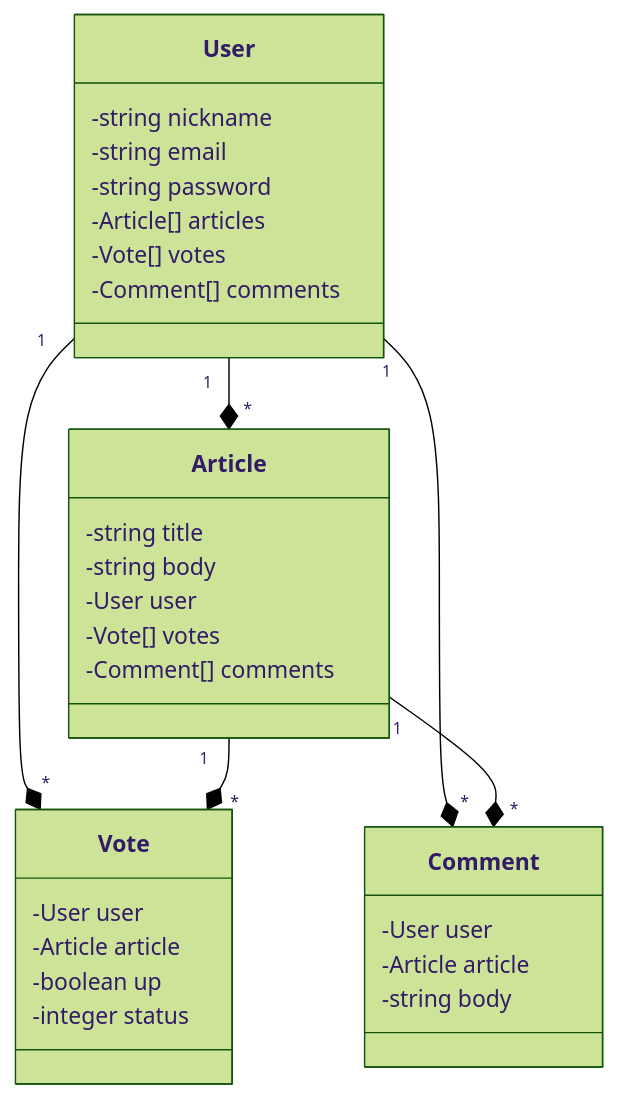
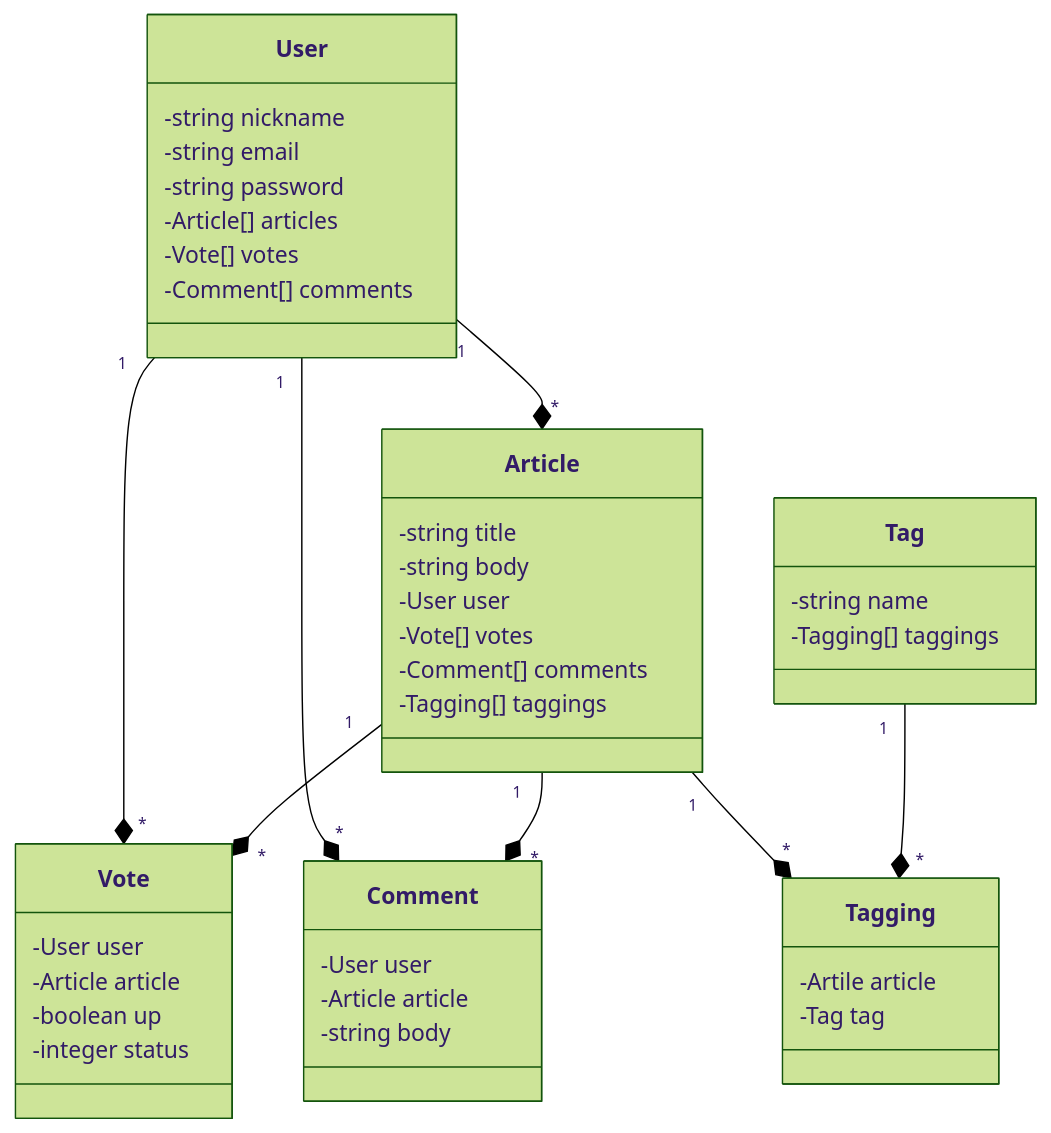
Before and after one commit to gokdenizozkan/community-blog: the diagram in README.md, drawn with Mermaid (forest theme). The commit also changed other lines of this file, not shown here.

Commit message:
update README.md - v0.9.0

````diff
--- a/README.md
+++ b/README.md
@@ -40,40 +48,55 @@
 ```mermaid
 classDiagram
 	User "1" --* "*" Article
 	User "1" --* "*" Vote
 	User "1" --* "*" Comment
 
 	Article "1" --* "*" Vote
 	Article "1" --* "*" Comment
+	Article "1" --* "*" Tagging
+
+	Tag "1" --* "*" Tagging
+
 
 
 	class User {
 		-string nickname
 		-string email
 		-string password
 		-Article[] articles
 		-Vote[] votes
 		-Comment[] comments
 	}
 
 	class Article {
 		-string title
 		-string body
 		-User user
 		-Vote[] votes
 		-Comment[] comments
+		-Tagging[] taggings
 	}
 
 	class Vote {
 		-User user
 		-Article article
 		-boolean up
 		-integer status
 	}
 
 	class Comment {
 		-User user
 		-Article article
 		-string body
 	}
+
+	class Tag {
+		-string name
+		-Tagging[] taggings
+	}
+
+	class Tagging {
+		-Artile article
+		-Tag tag
+	}
 ```
````
